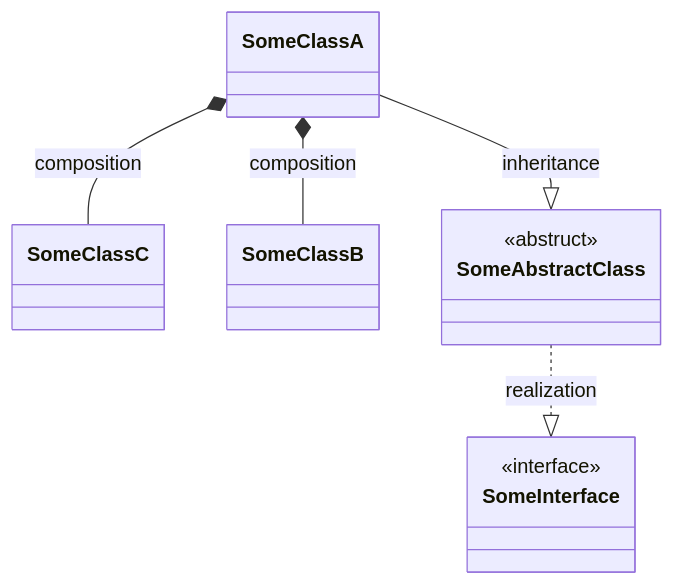
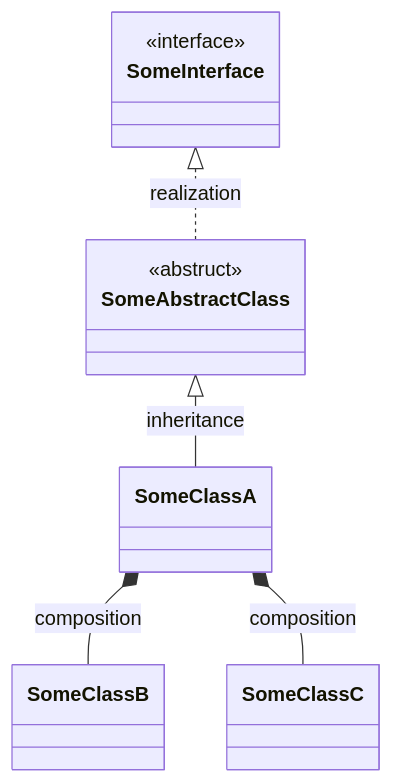
One commit to tasuku43/php-mermaid-class-diagram changed the first of 2 diagrams in README.md. Above: the diagram before and after it, drawn with Mermaid. The commit also changed other lines of this file, not shown here.

First line of the commit message:
update: Correct direction of class diagram relationships arrows

````diff
--- a/README.md
+++ b/README.md
@@ -75,20 +75,20 @@
 ```mermaid
 classDiagram
     class SomeClassC {
     }
     class SomeClassB {
     }
     class SomeAbstractClass {
         <<abstruct>>
     }
     class SomeClassA {
     }
     class SomeInterface {
         <<interface>>
     }
 
-    SomeAbstractClass ..|> SomeInterface: realization
-    SomeClassA --|> SomeAbstractClass: inheritance
+    SomeInterface <|.. SomeAbstractClass: realization
+    SomeAbstractClass <|-- SomeClassA: inheritance
     SomeClassA *-- SomeClassB: composition
     SomeClassA *-- SomeClassC: composition
 ```
````
